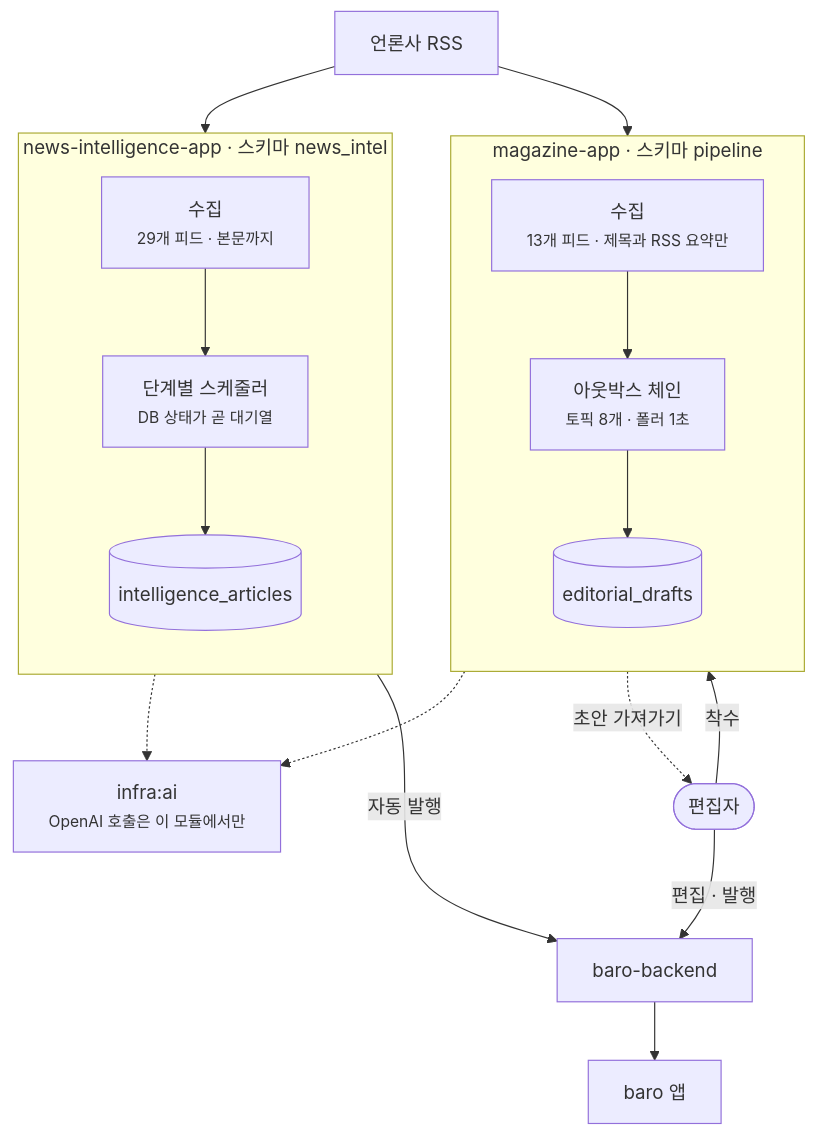
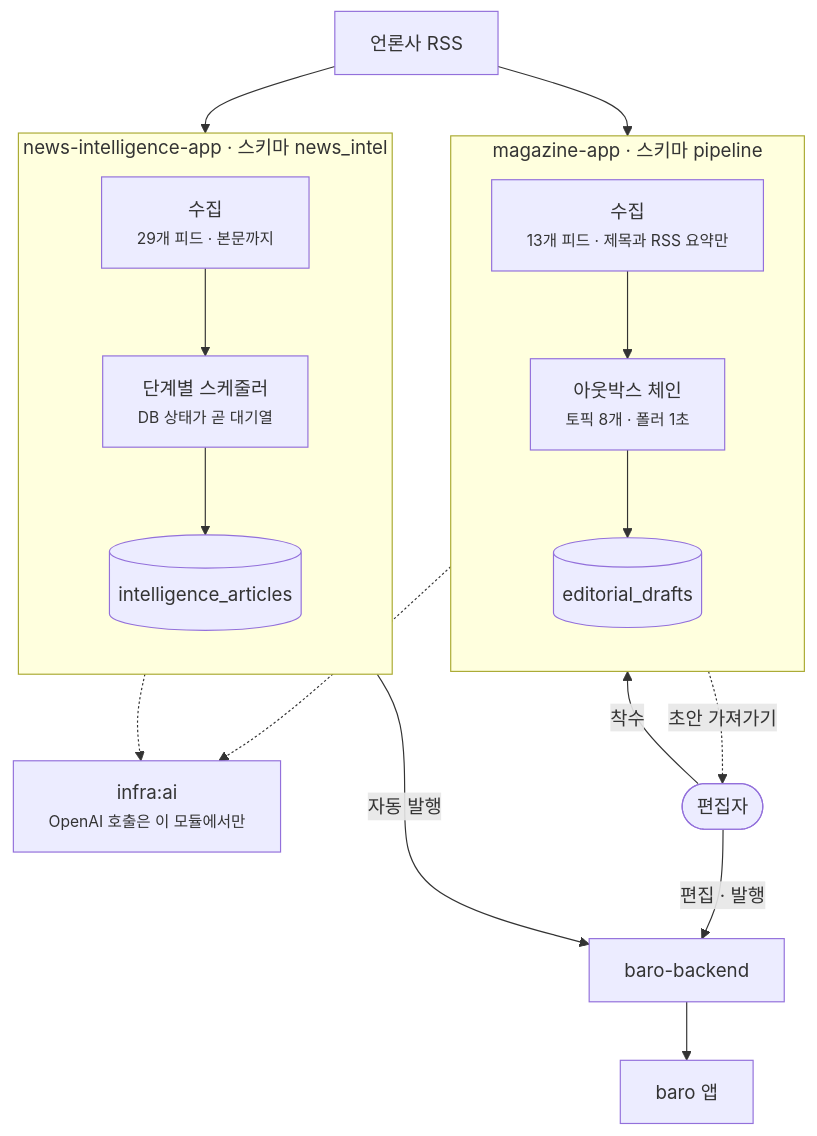
The first of 6 diagrams in src/content/blog/magazine-pipeline-two-apps-flow.md (oownahcohc/oownahcohc.github.io), drawn with Mermaid before and after one commit. The commit also changed other lines of this file, not shown here.

````diff
--- a/src/content/blog/magazine-pipeline-two-apps-flow.md
+++ b/src/content/blog/magazine-pipeline-two-apps-flow.md
@@ -24,31 +24,31 @@
 ```mermaid
 flowchart TB
     RSS["언론사 RSS"]
+    subgraph NEWS["news-intelligence-app · 스키마 news_intel"]
+        direction TB
+        N1["수집<br/><small>29개 피드 · 본문까지</small>"]
+        N2["단계별 스케줄러<br/><small>DB 상태가 곧 대기열</small>"]
+        N3[("intelligence_articles")]
+        N1 --> N2 --> N3
+    end
     subgraph MAG["magazine-app · 스키마 pipeline"]
         direction TB
         M1["수집<br/><small>13개 피드 · 제목과 RSS 요약만</small>"]
         M2["아웃박스 체인<br/><small>토픽 8개 · 폴러 1초</small>"]
         M3[("editorial_drafts")]
         M1 --> M2 --> M3
     end
-    subgraph NEWS["news-intelligence-app · 스키마 news_intel"]
-        direction TB
-        N1["수집<br/><small>29개 피드 · 본문까지</small>"]
-        N2["단계별 스케줄러<br/><small>DB 상태가 곧 대기열</small>"]
-        N3[("intelligence_articles")]
-        N1 --> N2 --> N3
-    end
     AI["infra:ai<br/><small>OpenAI 호출은 이 모듈에서만</small>"]
     ED(["편집자"])
     BE["baro-backend"]
     APP["baro 앱"]
+    RSS --> N1
     RSS --> M1
-    RSS --> N1
+    N2 -.-> AI
     M2 -.-> AI
-    N2 -.-> AI
     ED -->|"착수"| M2
     M3 -.->|"초안 가져가기"| ED
     ED -->|"편집 · 발행"| BE
     N3 -->|"자동 발행"| BE
     BE --> APP
 ```
````
